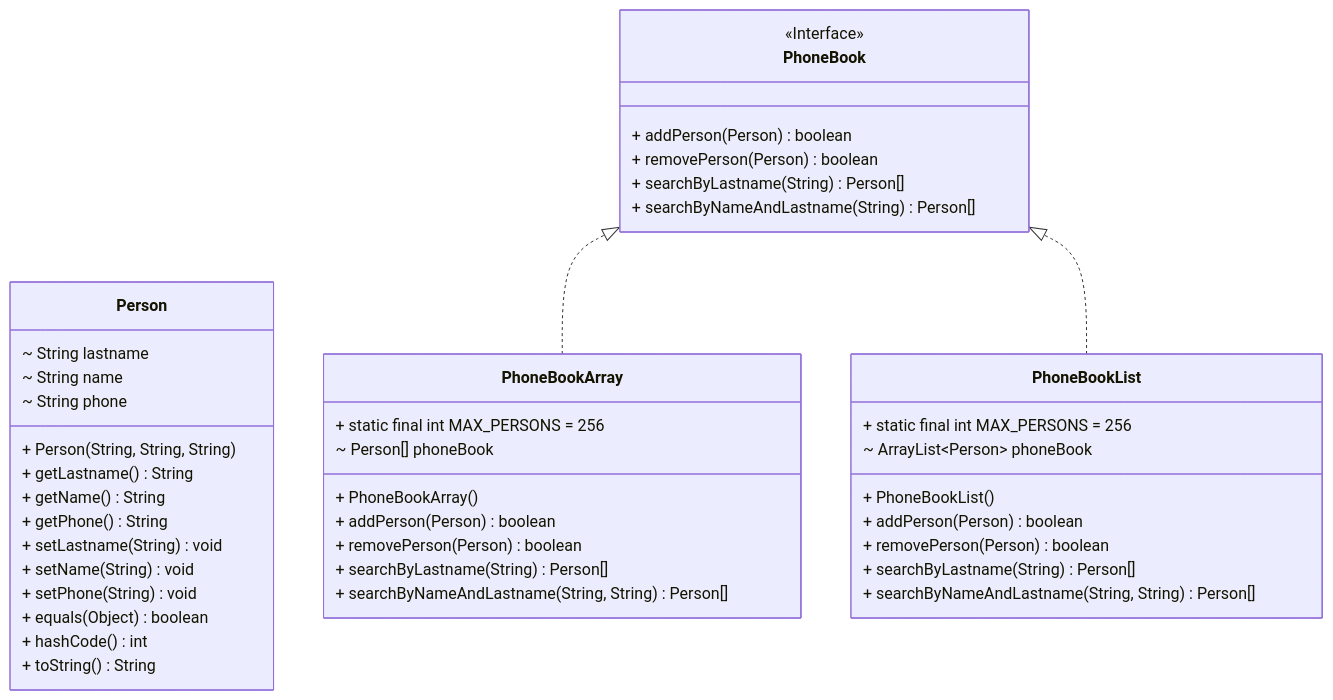
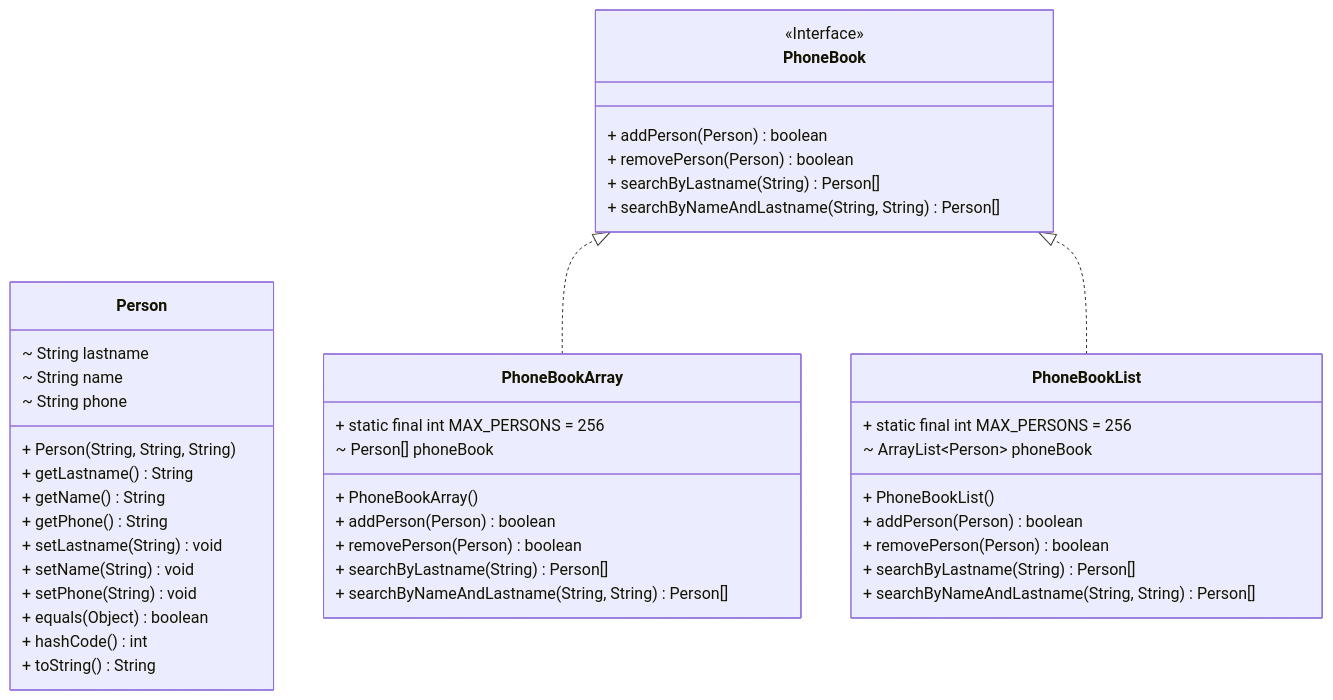
One commit to nbicocchi/learn-java-core changed the ninth of 13 diagrams in src/main/java/com/nbicocchi/exercises/oop/README.md. Above: the diagram before and after it, drawn with Mermaid. The commit also changed 2 other files, not shown here.

````diff
--- a/src/main/java/com/nbicocchi/exercises/oop/README.md
+++ b/src/main/java/com/nbicocchi/exercises/oop/README.md
@@ -292,46 +292,46 @@
 ```mermaid
 classDiagram
 direction BT
 class Person {
   ~ String lastname
   ~ String name
   ~ String phone
   + Person(String, String, String) 
   + getLastname() String
   + getName() String
   + getPhone() String
   + setLastname(String) void
   + setName(String) void
   + setPhone(String) void
   + equals(Object) boolean
   + hashCode() int
   + toString() String
 }
 class PhoneBook {
   <<Interface>>
   + addPerson(Person) boolean
   + removePerson(Person) boolean
   + searchByLastname(String) Person[]
-  + searchByNameAndLastname(String) Person[]
+  + searchByNameAndLastname(String, String) Person[]
 }
 class PhoneBookArray {
   + static final int MAX_PERSONS = 256
   ~ Person[] phoneBook
   + PhoneBookArray() 
   + addPerson(Person) boolean
   + removePerson(Person) boolean
   + searchByLastname(String) Person[]
   + searchByNameAndLastname(String, String) Person[]
 }
 class PhoneBookList {
   + static final int MAX_PERSONS = 256
   ~ ArrayList~Person~ phoneBook
   + PhoneBookList() 
   + addPerson(Person) boolean
   + removePerson(Person) boolean
   + searchByLastname(String) Person[]
   + searchByNameAndLastname(String, String) Person[]
 }
 PhoneBookArray  ..|>  PhoneBook 
 PhoneBookList  ..|>  PhoneBook 
 ```
````
